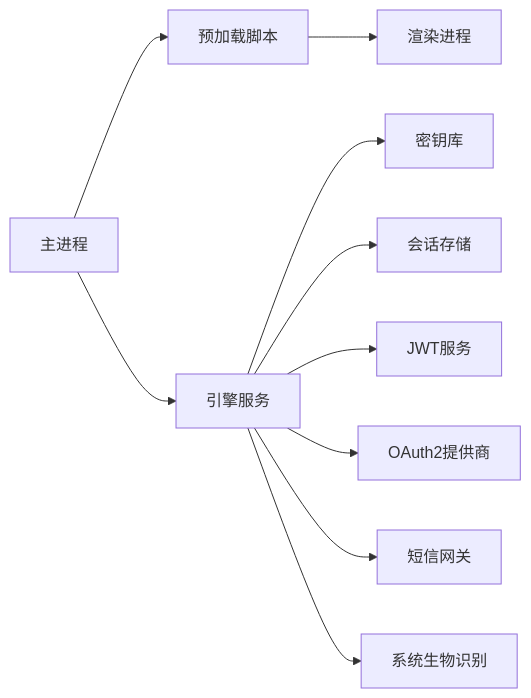
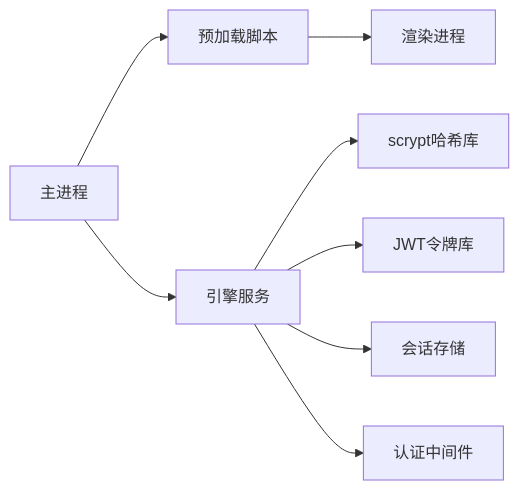
The seventh of 7 diagrams in .qoder/repowiki/zh/content/适配器层/网络适配器/网络安全机制/身份认证机制.md (kkutysllb/KCoder), drawn with Mermaid before and after one commit. The commit also changed other lines of this file and 141 other files, not shown here.

````diff
--- a/.qoder/repowiki/zh/content/适配器层/网络适配器/网络安全机制/身份认证机制.md
+++ b/.qoder/repowiki/zh/content/适配器层/网络适配器/网络安全机制/身份认证机制.md
@@ -321,12 +258,10 @@
 ```mermaid
 graph LR
 Main["主进程"] --> Preload["预加载脚本"]
 Preload --> Renderer["渲染进程"]
 Main --> Engine["引擎服务"]
-Engine --> KeyStore["密钥库"]
+Engine --> Scrypt["scrypt哈希库"]
+Engine --> JWT["JWT令牌库"]
 Engine --> SessionStore["会话存储"]
-Engine --> TokenService["JWT服务"]
-Engine --> OAuthProvider["OAuth2提供商"]
-Engine --> SMSService["短信网关"]
-Engine --> OSBiometric["系统生物识别"]
+Engine --> AuthMiddleware["认证中间件"]
 ```
````
